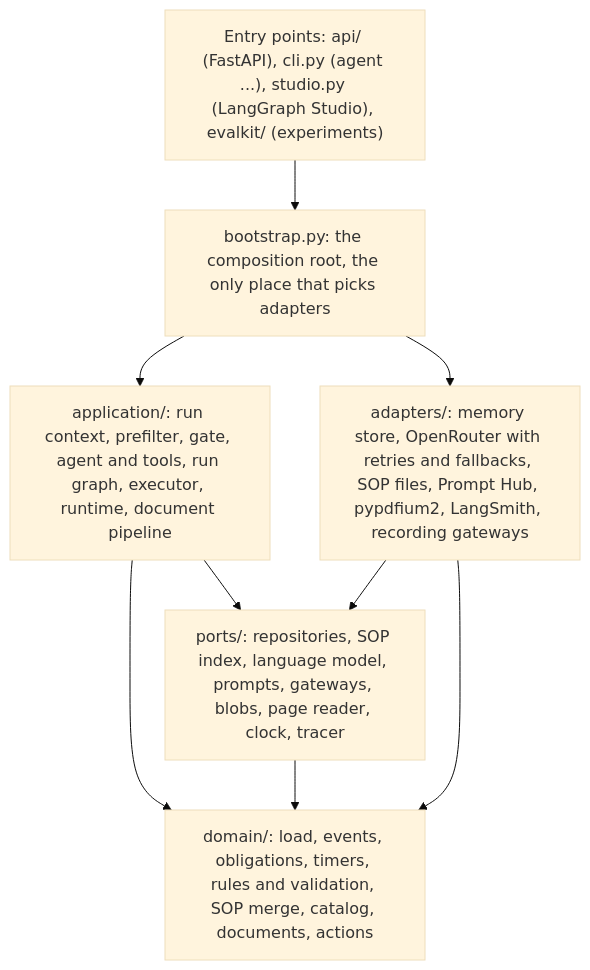
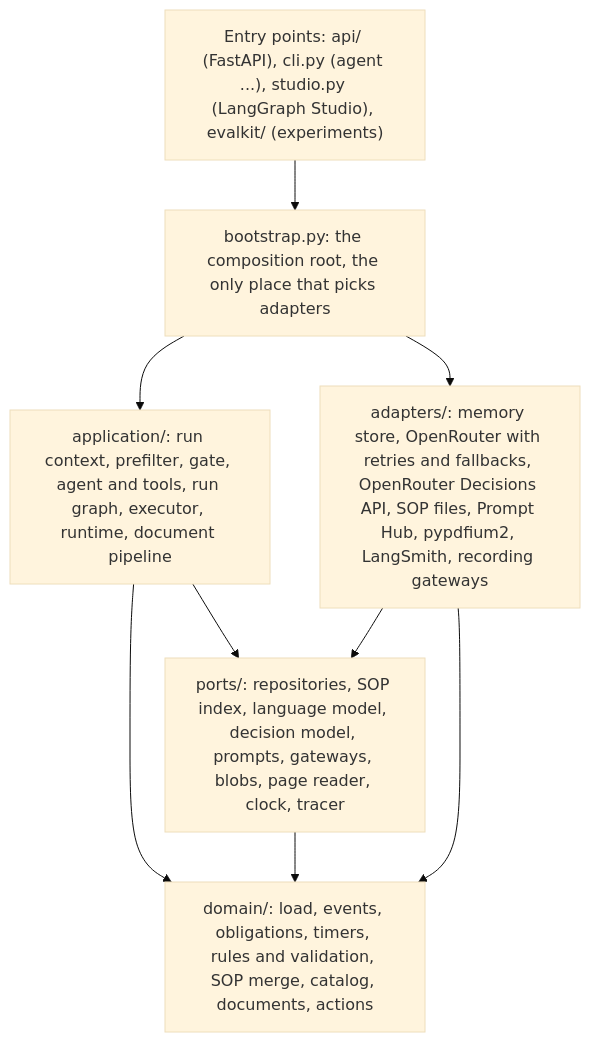
One commit to pedrocwb/freight-hero-assessment changed the second of 10 diagrams in docs/architecture.md. Above: the diagram before and after it, drawn with Mermaid (base theme). The commit also changed other lines of this file and 3 other files, not shown here.

First line of the commit message:
Report the gate engine comparison and describe the decision-model gate

````diff
--- a/docs/architecture.md
+++ b/docs/architecture.md
@@ -76,18 +76,18 @@
 ```mermaid
 flowchart TB
   entry["Entry points: api/ (FastAPI), cli.py (agent ...), studio.py (LangGraph Studio), evalkit/ (experiments)"]
   boot["bootstrap.py: the composition root, the only place that picks adapters"]
   app["application/: run context, prefilter, gate, agent and tools, run graph, executor, runtime, document pipeline"]
-  ports["ports/: repositories, SOP index, language model, prompts, gateways, blobs, page reader, clock, tracer"]
+  ports["ports/: repositories, SOP index, language model, decision model, prompts, gateways, blobs, page reader, clock, tracer"]
   domain["domain/: load, events, obligations, timers, rules and validation, SOP merge, catalog, documents, actions"]
-  adapters["adapters/: memory store, OpenRouter with retries and fallbacks, SOP files, Prompt Hub, pypdfium2, LangSmith, recording gateways"]
+  adapters["adapters/: memory store, OpenRouter with retries and fallbacks, OpenRouter Decisions API, SOP files, Prompt Hub, pypdfium2, LangSmith, recording gateways"]
 
   entry --> boot
   boot --> app
   boot --> adapters
   app --> ports
   app --> domain
   ports --> domain
   adapters --> ports
   adapters --> domain
 ```
````
